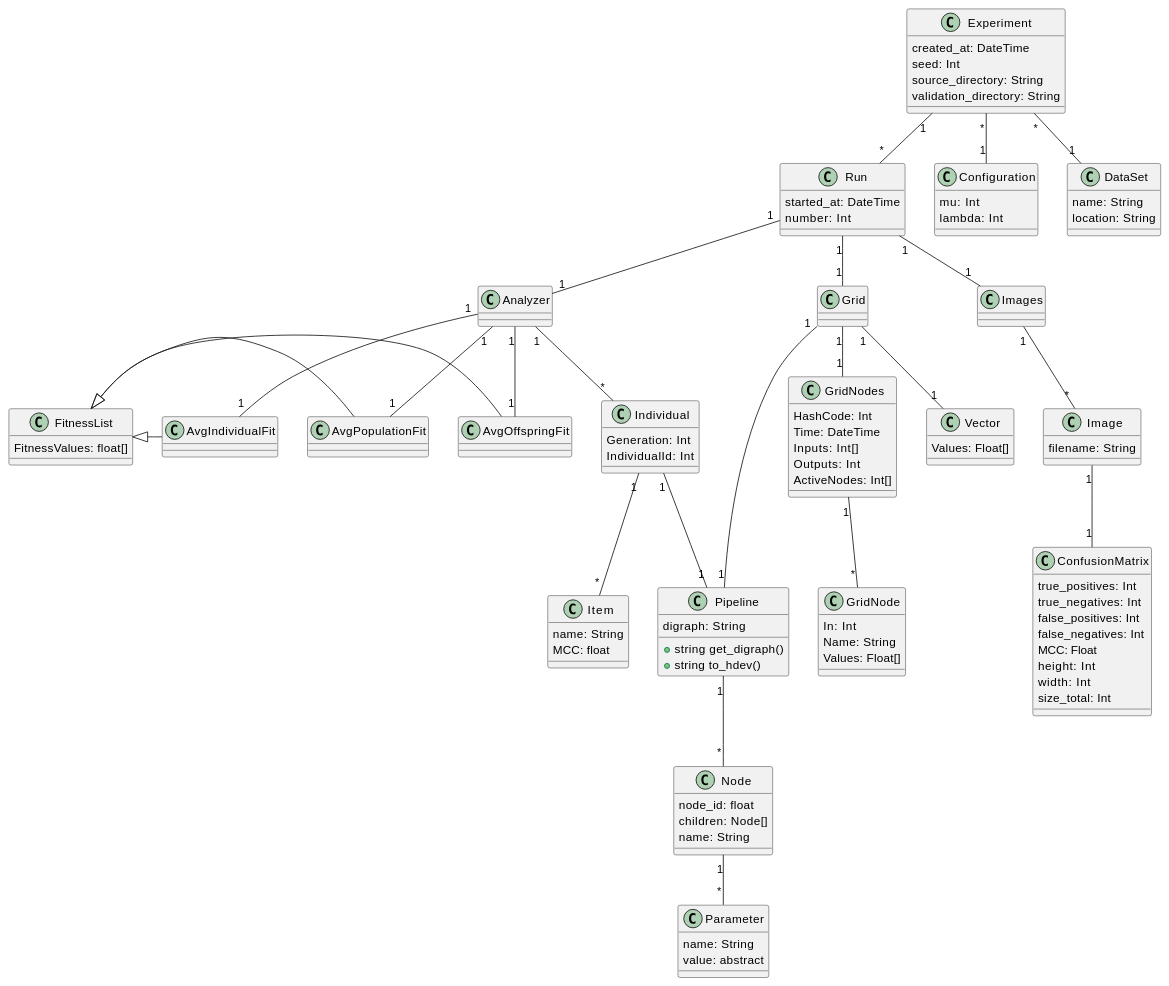
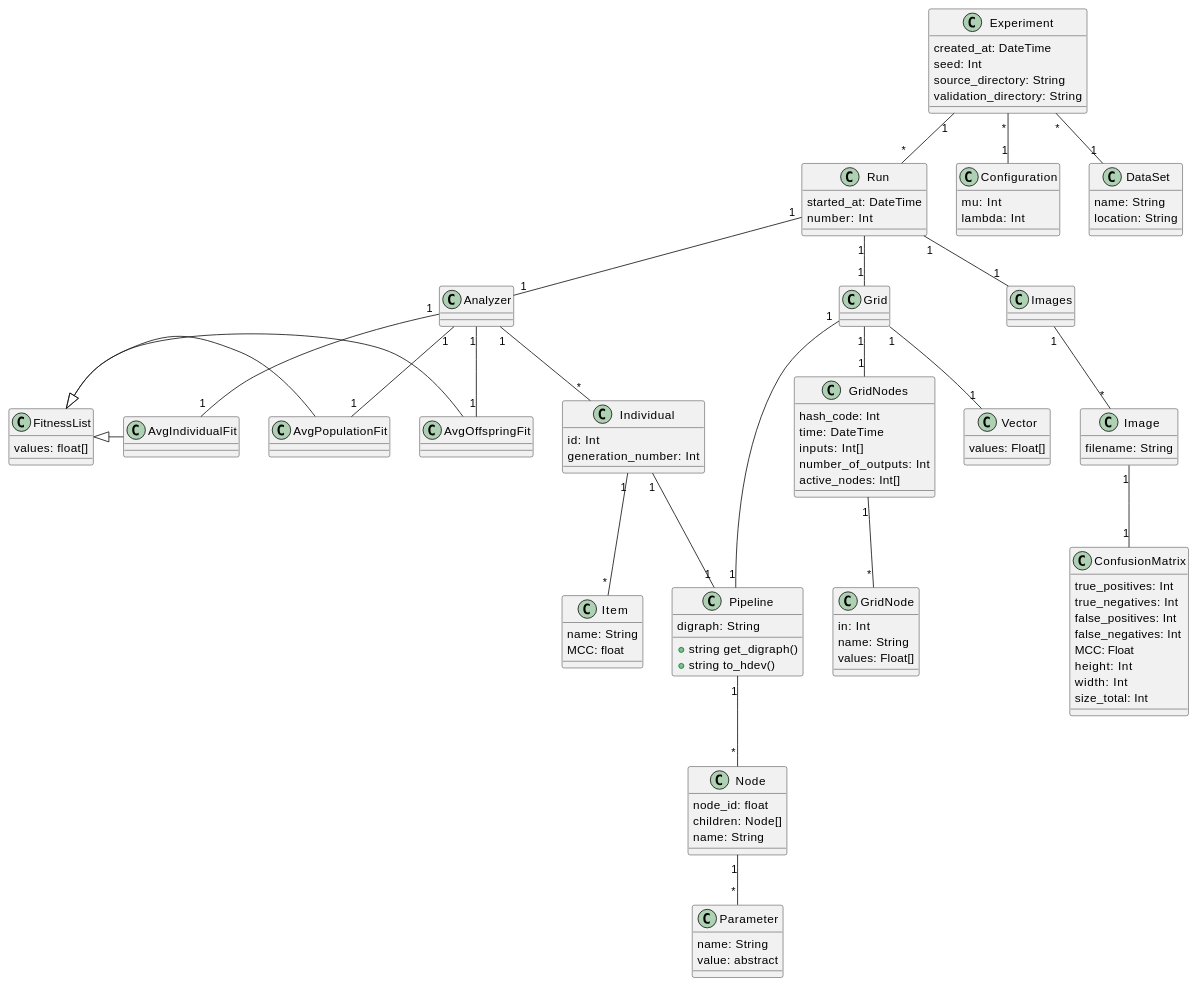
Before and after one commit to anmarchio/experiments: the diagram in diagrams/DataModel.md, drawn with PlantUML.

```diff
--- a/diagrams/DataModel.md
+++ b/diagrams/DataModel.md
@@ -28,7 +28,7 @@
 class Analyzer
 
 class FitnessList {
-  FitnessValues: float[] 
+  values: float[] 
 }
 class AvgOffspringFit
 
@@ -37,8 +37,8 @@
 class AvgIndividualFit
 
 class Individual {
-  Generation: Int
-  IndividualId: Int
+  id: Int
+  generation_number: Int
 }
 
 class Item {
@@ -48,16 +48,16 @@
 
 class Grid
 class GridNodes {
-  HashCode: Int
-  Time: DateTime
-  Inputs: Int[]
-  Outputs: Int
-  ActiveNodes: Int[]
+  hash_code: Int
+  time: DateTime
+  inputs: Int[]
+  number_of_outputs: Int
+  active_nodes: Int[]
 }
 class GridNode {
-  In: Int
-  Name: String
-  Values: Float[]
+  in: Int
+  name: String
+  values: Float[]
 }
 class Pipeline {
   digraph: String
@@ -77,7 +77,7 @@
 }
 
 class Vector {
-  Values: Float[]
+  values: Float[]
 }
 
 class Images
```
